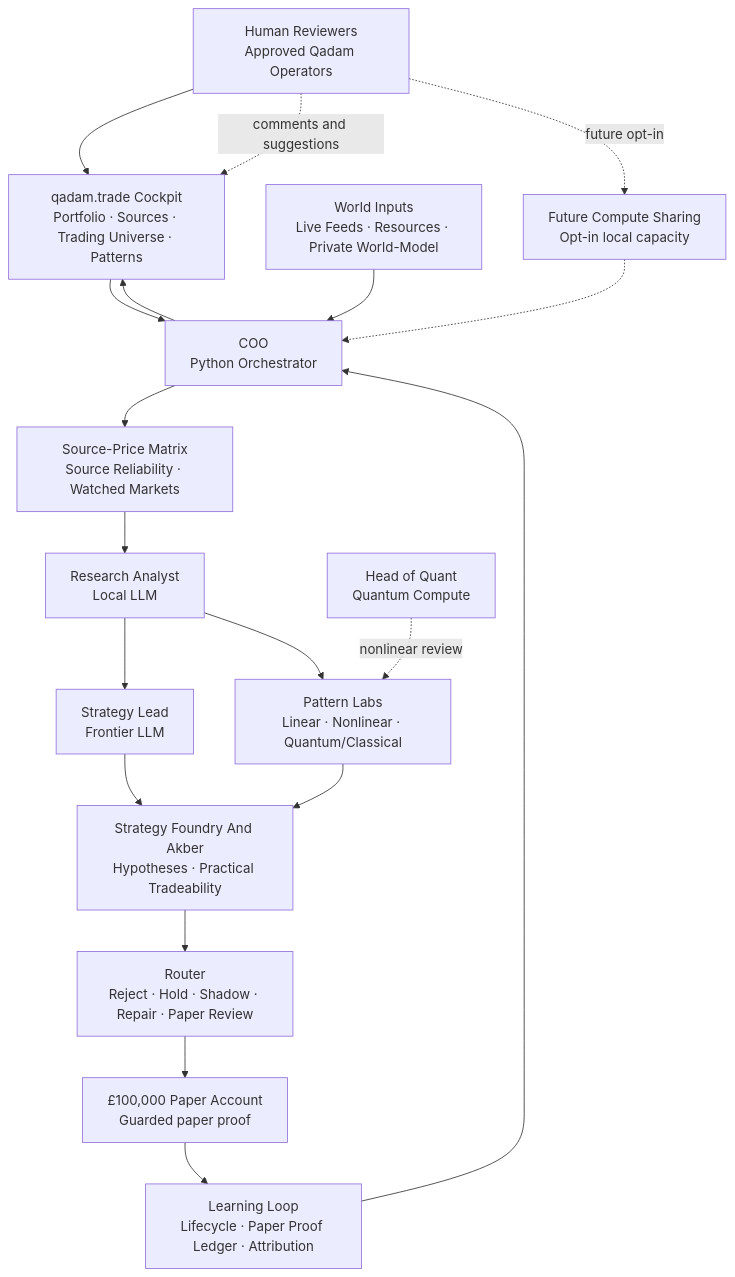
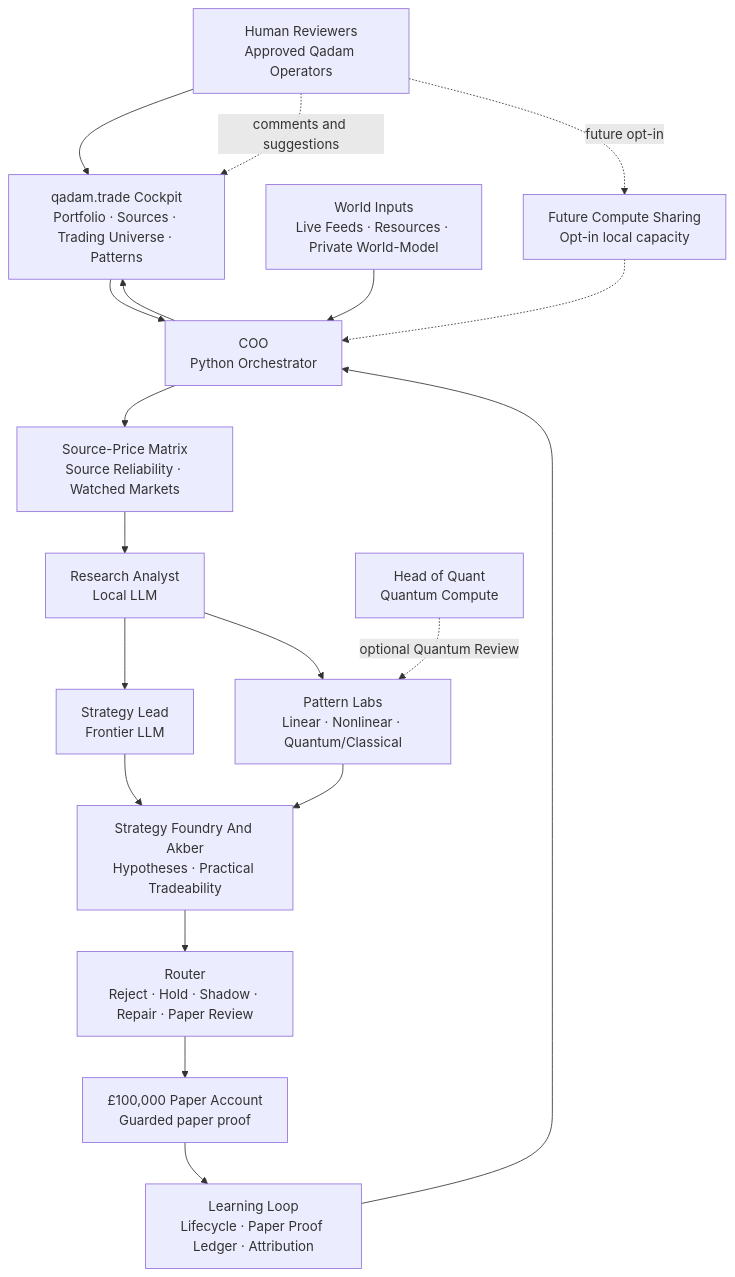
The diagram in docs/qadam-whitepaper.md (raminhoodeh/qadam), drawn with Mermaid before and after one commit. The commit also changed other lines of this file and 281 other files, not shown here.

````diff
--- a/docs/qadam-whitepaper.md
+++ b/docs/qadam-whitepaper.md
@@ -33,35 +33,35 @@
 ```mermaid
 flowchart TB
     FM["Human Reviewers<br/>Approved Qadam Operators"]
     C["qadam.trade Cockpit<br/>Portfolio · Sources · Trading Universe · Patterns"]
     COO["COO<br/>Python Orchestrator"]
     WORLD["World Inputs<br/>Live Feeds · Resources · Private World-Model"]
     RA["Research Analyst<br/>Local LLM"]
     SL["Strategy Lead<br/>Frontier LLM"]
     HQ["Head of Quant<br/>Quantum Compute"]
     MATRIX["Source-Price Matrix<br/>Source Reliability · Watched Markets"]
     LAB["Pattern Labs<br/>Linear · Nonlinear · Quantum/Classical"]
     SIGNAL["Strategy Foundry And Akber<br/>Hypotheses · Practical Tradeability"]
     ROUTER["Router<br/>Reject · Hold · Shadow · Repair · Paper Review"]
     PAPER["£100,000 Paper Account<br/>Guarded paper proof"]
     LEARN["Learning Loop<br/>Lifecycle · Paper Proof Ledger · Attribution"]
     FUTURE["Future Compute Sharing<br/>Opt-in local capacity"]
 
     FM --> C
     C --> COO
     WORLD --> COO
     COO --> MATRIX
     MATRIX --> RA
     RA --> SL
     RA --> LAB
     SL --> SIGNAL
     LAB --> SIGNAL
-    HQ -.->|"nonlinear review"| LAB
+    HQ -.->|"optional Quantum Review"| LAB
     SIGNAL --> ROUTER
     ROUTER --> PAPER
     PAPER --> LEARN
     LEARN --> COO
     COO --> C
     FM -.->|"comments and suggestions"| C
     FM -.->|"future opt-in"| FUTURE -.-> COO
 ```
````
